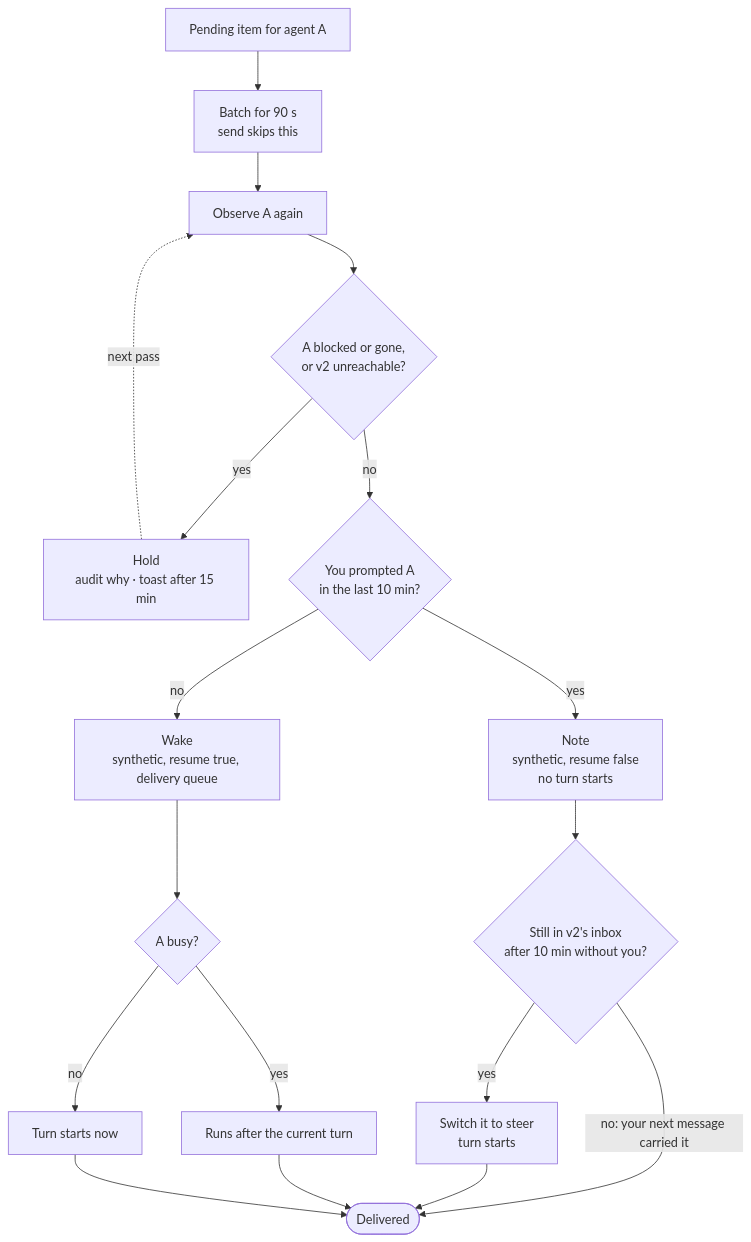
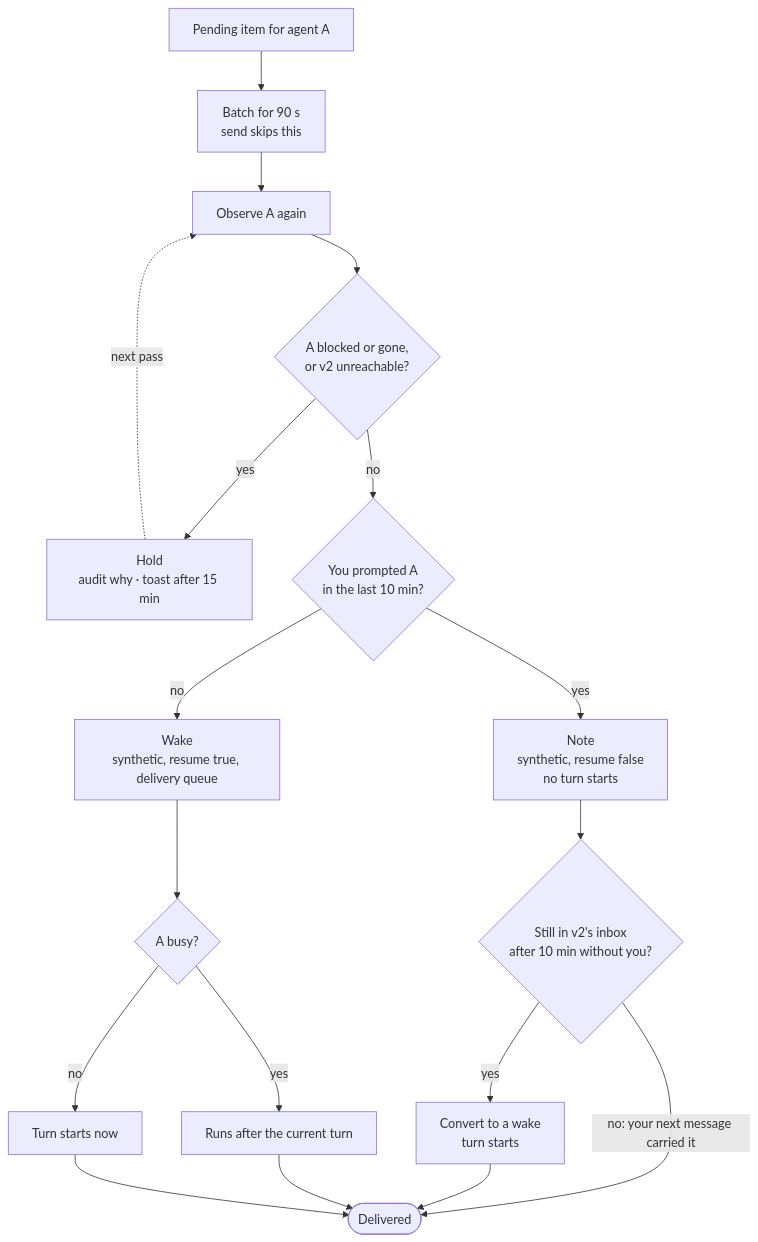
Before and after one commit to adamkaplan/fleet-kit: the fourth of 16 diagrams in docs/switchboard.md, drawn with Mermaid. The commit also changed other lines of this file, not shown here.

Commit message:
docs: switchboard: spike results S1-S7; notes use steer

````diff
--- a/docs/switchboard.md
+++ b/docs/switchboard.md
@@ -172,20 +178,20 @@
 ```mermaid
 flowchart TD
   item["Pending item for agent A"] --> batch["Batch for 90 s<br/>send skips this"]
   batch --> recheck["Observe A again"]
   recheck --> blocked{"A blocked or gone,<br/>or v2 unreachable?"}
   blocked -- "yes" --> hold["Hold<br/>audit why · toast after 15 min"]
   hold -. "next pass" .-> recheck
   blocked -- "no" --> engaged{"You prompted A<br/>in the last 10 min?"}
   engaged -- "yes" --> note["Note<br/>synthetic, resume false<br/>no turn starts"]
   engaged -- "no" --> wake["Wake<br/>synthetic, resume true, delivery queue"]
   note --> lapse{"Still in v2's inbox<br/>after 10 min without you?"}
-  lapse -- "yes" --> steer["Switch it to steer<br/>turn starts"]
+  lapse -- "yes" --> steer["Convert to a wake<br/>turn starts"]
   lapse -- "no: your next message carried it" --> done(["Delivered"])
   wake --> busy{"A busy?"}
   busy -- "yes" --> after["Runs after the current turn"]
   busy -- "no" --> now["Turn starts now"]
   steer --> done
   after --> done
   now --> done
 ```
````
